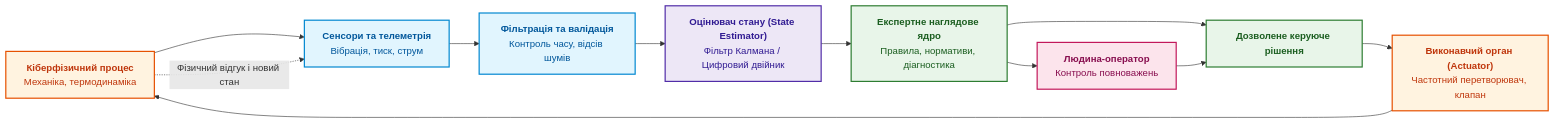
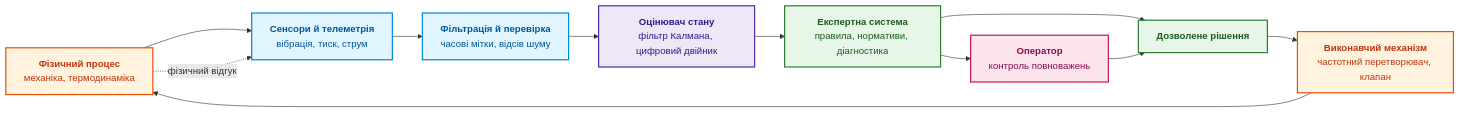
Before and after one commit to nick-fedchik/articles: the first of 5 diagrams in ExpertSystem/ch22-cybernetics-edge-to-backend.md, drawn with Mermaid. The commit also changed other lines of this file and 7 other files, not shown here.

````diff
--- a/ExpertSystem/ch22-cybernetics-edge-to-backend.md
+++ b/ExpertSystem/ch22-cybernetics-edge-to-backend.md
@@ -39,29 +38,29 @@
 ```mermaid
 flowchart LR
-    accTitle: Кібернетичний контур регулювання зі зворотним зв'язком
-    accDescr: Цикл взаємодії між фізичним процесом, сенсорами, оцінювачем стану, експертним ядром та виконавчим механізмом за участі оператора.
+    accTitle: Цикл керування зі зворотним зв'язком
+    accDescr: Фізичний процес дає сигнали сенсорам, сигнали фільтруються, оцінювач стану формує модель об'єкта, експертна система ухвалює дозволене рішення, виконавчий механізм змінює процес, а оператор контролює повноваження.
 
-    ENV["<b>Кіберфізичний процес</b><br/>Механіка, термодинаміка"] --> SEN["<b>Сенсори та телеметрія</b><br/>Вібрація, тиск, струм"]
-    SEN --> OBS["<b>Фільтрація та валідація</b><br/>Контроль часу, відсів шумів"]
-    OBS --> EST["<b>Оцінювач стану (State Estimator)</b><br/>Фільтр Калмана / Цифровий двійник"]
-    EST --> EXP["<b>Експертне наглядове ядро</b><br/>Правила, нормативи, діагностика"]
-    EXP --> DEC["<b>Дозволене керуюче рішення</b>"]
-    DEC --> ACT["<b>Виконавчий орган (Actuator)</b><br/>Частотний перетворювач, клапан"]
+    ENV["<b>Фізичний процес</b><br/>механіка, термодинаміка"] --> SEN["<b>Сенсори й телеметрія</b><br/>вібрація, тиск, струм"]
+    SEN --> OBS["<b>Фільтрація й перевірка</b><br/>часові мітки, відсів шуму"]
+    OBS --> EST["<b>Оцінювач стану</b><br/>фільтр Калмана, цифровий двійник"]
+    EST --> EXP["<b>Експертна система</b><br/>правила, нормативи, діагностика"]
+    EXP --> DEC["<b>Дозволене рішення</b>"]
+    DEC --> ACT["<b>Виконавчий механізм</b><br/>частотний перетворювач, клапан"]
     ACT --> ENV
-    ENV -.->|"Фізичний відгук і новий стан"| SEN
+    ENV -.->|"фізичний відгук"| SEN
 
-    HUM["<b>Людина-оператор</b><br/>Контроль повноважень"] --> DEC
+    HUM["<b>Оператор</b><br/>контроль повноважень"] --> DEC
     EXP --> HUM
 
     classDef env fill:#fff3e0,stroke:#e65100,stroke-width:2px,color:#bf360c;
     classDef sens fill:#e1f5fe,stroke:#0288d1,stroke-width:2px,color:#01579b;
     classDef est fill:#ede7f6,stroke:#512da8,stroke-width:2px,color:#311b92;
     classDef core fill:#e8f5e9,stroke:#2e7d32,stroke-width:2px,color:#1b5e20;
     classDef hum fill:#fce4ec,stroke:#c2185b,stroke-width:2px,color:#880e4f;
 
     class ENV,ACT env;
     class SEN,OBS sens;
     class EST est;
     class EXP,DEC core;
     class HUM hum;
 ```
````
